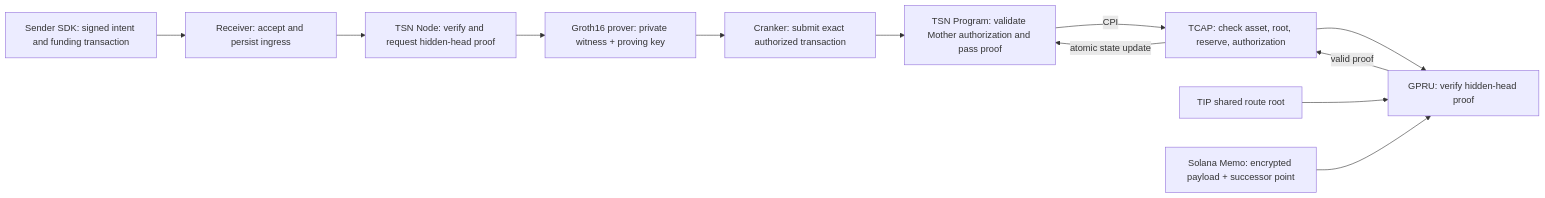
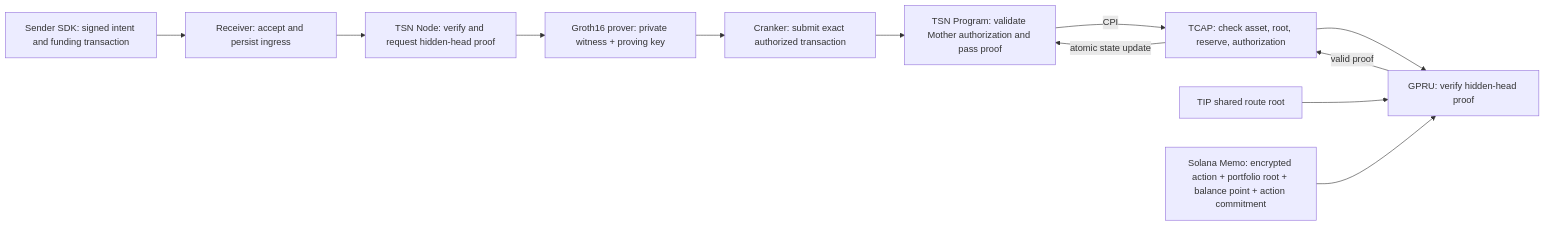
The diagram in tsn-protocol/tsn-docs/overview/architecture.mdx (bigdreamsweb3/trustlink-pay), drawn with Mermaid before and after one commit. The commit also changed other lines of this file and 69 other files, not shown here.

````diff
--- a/tsn-protocol/tsn-docs/overview/architecture.mdx
+++ b/tsn-protocol/tsn-docs/overview/architecture.mdx
@@ -11,14 +11,14 @@
 ```mermaid
 flowchart LR
     S[Sender SDK: signed intent and funding transaction] --> R[Receiver: accept and persist ingress]
     R --> N[TSN Node: verify and request hidden-head proof]
     N --> P[Groth16 prover: private witness + proving key]
     P --> C[Cranker: submit exact authorized transaction]
     C --> T[TSN Program: validate Mother authorization and pass proof]
     T -->|CPI| TCAP[TCAP: check asset, root, reserve, authorization]
     TCAP --> G[GPRU: verify hidden-head proof]
     TIP[TIP shared route root] --> G
-    M[Solana Memo: encrypted payload + successor point] --> G
+    M[Solana Memo: encrypted action + portfolio root + balance point + action commitment] --> G
     G -->|valid proof| TCAP
     TCAP -->|atomic state update| T
 ```
````
